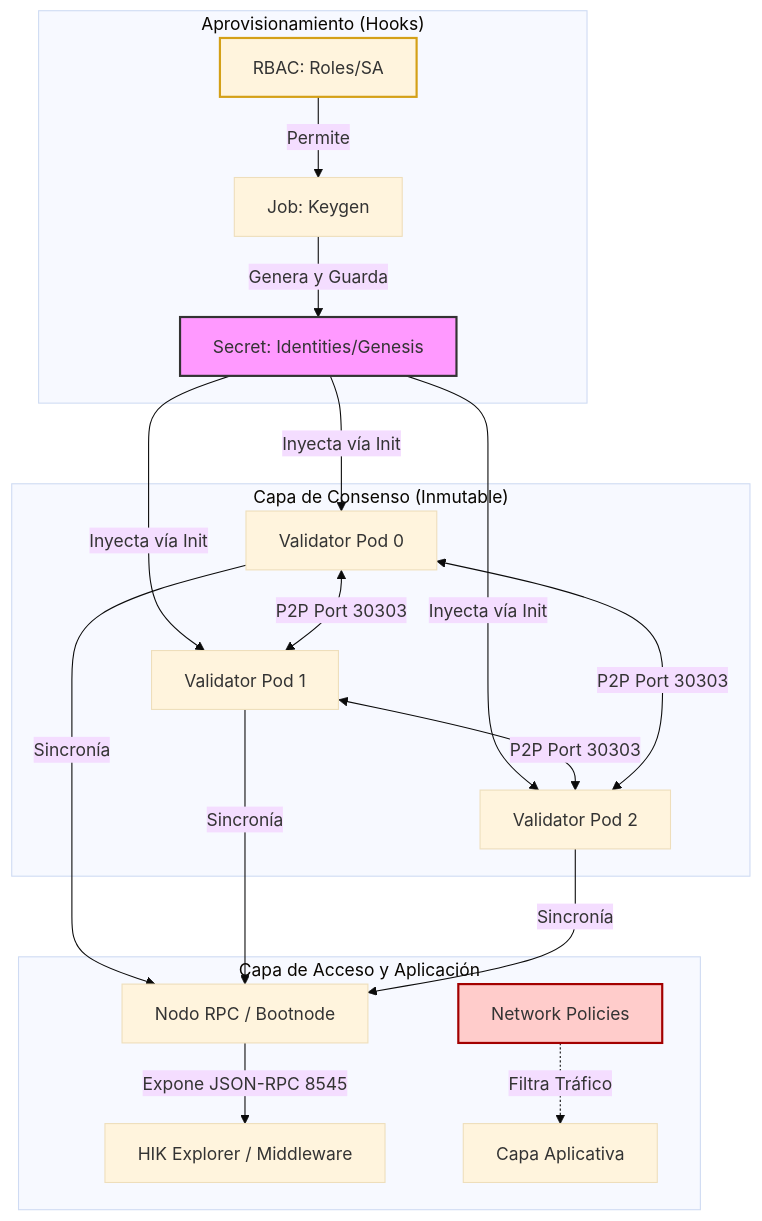
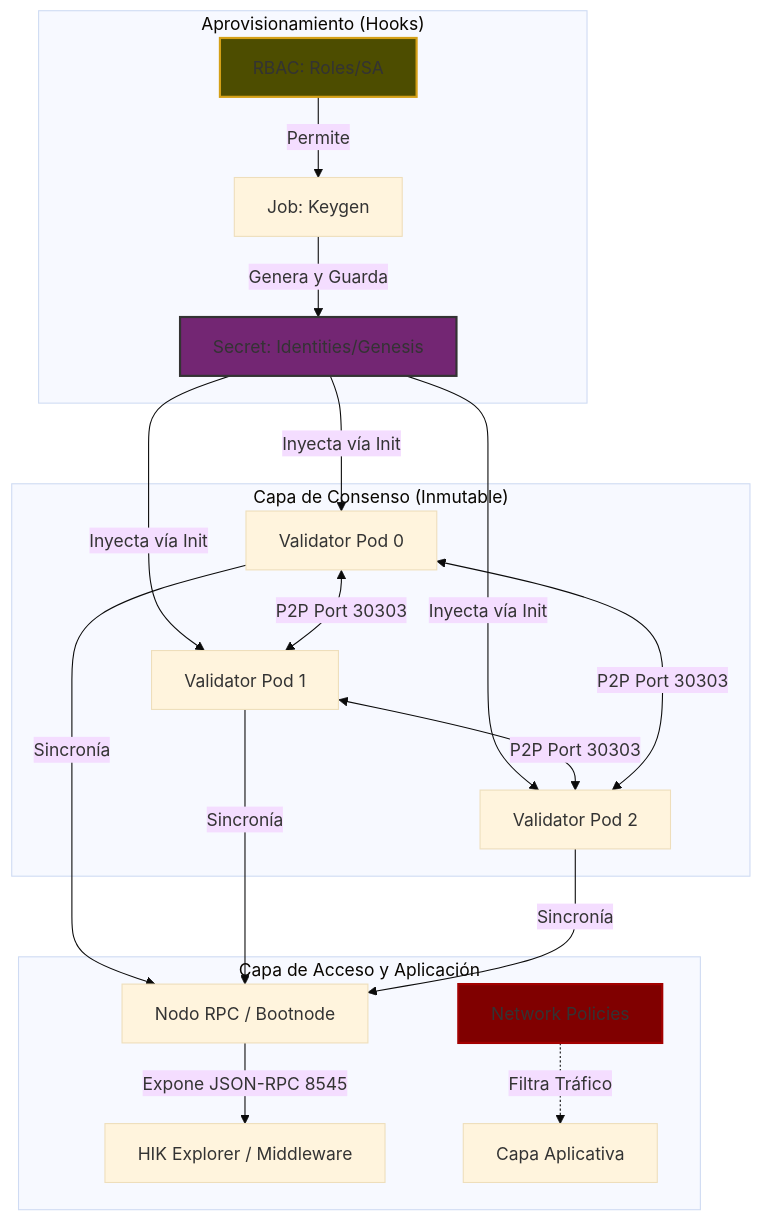
The diagram in besu/README2.MD (matiasmospan/hikinfra), drawn with Mermaid (base theme) before and after one commit.

````diff
--- a/besu/README2.MD
+++ b/besu/README2.MD
@@ -27,26 +27,26 @@
 ```mermaid
 graph TD;
     subgraph "Aprovisionamiento (Hooks)"
         RBAC[RBAC: Roles/SA] -- Permite --> Keygen[Job: Keygen]
         Keygen -- Genera y Guarda --> Secret[Secret: Identities/Genesis]
     end
 
     subgraph "Capa de Consenso (Inmutable)"
         Secret -- Inyecta vía Init --> Val0[Validator Pod 0]
         Secret -- Inyecta vía Init --> Val1[Validator Pod 1]
         Secret -- Inyecta vía Init --> Val2[Validator Pod 2]
         Val0 <-->|P2P Port 30303| Val1
         Val1 <-->|P2P Port 30303| Val2
         Val2 <-->|P2P Port 30303| Val0
     end
 
     subgraph "Capa de Acceso y Aplicación"
         Val0 & Val1 & Val2 -->|Sincronía| RPC[Nodo RPC / Bootnode]
         RPC -- Expone JSON-RPC 8545 --> DApp[HIK Explorer / Middleware]
         NetPol[Network Policies] -.->|Filtra Tráfico| LayerAcceso[Capa Aplicativa]
     end
 
-    style Secret fill:#f9f,stroke:#333,stroke-width:2px
-    style RBAC fill:#fff4dd,stroke:#d4a017,stroke-width:2px
-    style NetPol fill:#ffcccb,stroke:#a30000,stroke-width:2px
+    style Secret fill:#732673,stroke:#333,stroke-width:2px
+    style RBAC fill:#4d4d00,stroke:#d4a017,stroke-width:2px
+    style NetPol fill:#800000,stroke:#a30000,stroke-width:2px
 ```
````
